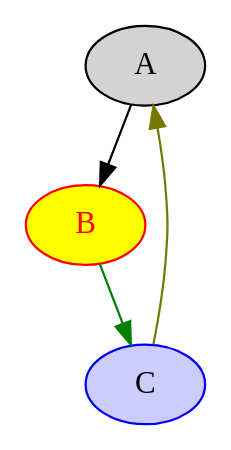
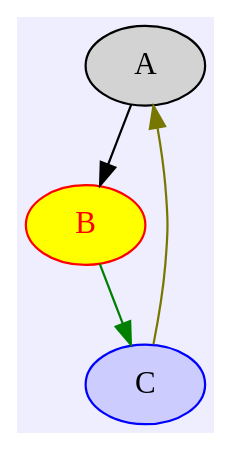
One commit to libyui/libyui changed the diagram in libyui-qt-graph/examples/colors.dot. Above: the diagram before and after it, drawn with Graphviz. The commit also changed 1 other file, not shown here.

```diff
--- a/libyui-qt-graph/examples/colors.dot
+++ b/libyui-qt-graph/examples/colors.dot
@@ -1,12 +1,13 @@
 digraph
 {
+    graph [bgcolor="#eeeeff"];
     node [style="filled"];
 
     A;
     B [color="red", fillcolor="yellow", fontcolor="red"];
     C [color="#0000ff", fillcolor="#ccccff", fontcolor="#000000"];
 
     A -> B;
     B -> C [color="green"];
     C -> A [color="#777700"];
 }
```
